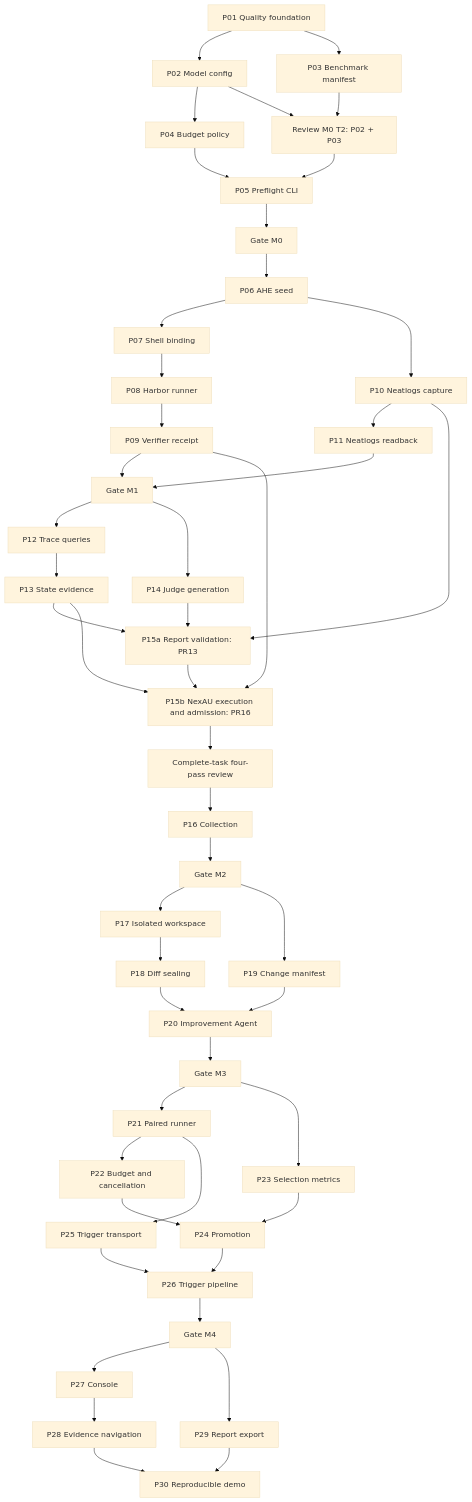
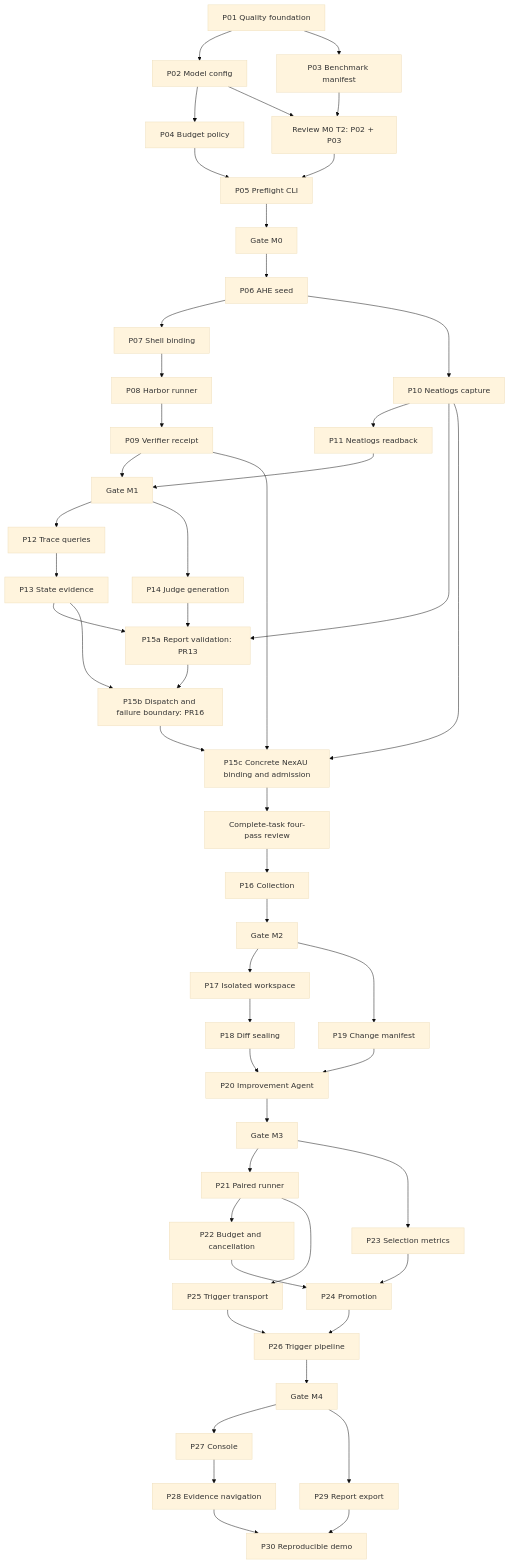
The second of 3 diagrams in docs/delivery-plan.md (divo12/Syndicate), drawn with Mermaid (base theme) before and after one commit. The commit also changed other lines of this file, not shown here.

Commit message:
docs: separate judge dispatch and concrete runtime slices

````diff
--- a/docs/delivery-plan.md
+++ b/docs/delivery-plan.md
@@ -77,51 +78,53 @@
 ```mermaid
 flowchart TD
   P01["P01 Quality foundation"] --> P02["P02 Model config"]
   P01 --> P03["P03 Benchmark manifest"]
   P02 --> P04["P04 Budget policy"]
   P02 --> R02["Review M0 T2: P02 + P03"]
   P03 --> R02
   R02 --> P05["P05 Preflight CLI"]
   P04 --> P05
   P05 --> G0["Gate M0"]
   G0 --> P06["P06 AHE seed"]
   P06 --> P07["P07 Shell binding"]
   P06 --> P10["P10 Neatlogs capture"]
   P07 --> P08["P08 Harbor runner"]
   P08 --> P09["P09 Verifier receipt"]
   P10 --> P11["P11 Neatlogs readback"]
   P09 --> G1["Gate M1"]
   P11 --> G1
   G1 --> P12["P12 Trace queries"]
   G1 --> P14["P14 Judge generation"]
   P12 --> P13["P13 State evidence"]
   P13 --> P15a["P15a Report validation: PR13"]
   P14 --> P15a
   P10 --> P15a
-  P15a --> P15b["P15b NexAU execution and admission: PR16"]
-  P09 --> P15b
+  P15a --> P15b["P15b Dispatch and failure boundary: PR16"]
   P13 --> P15b
-  P15b --> R15["Complete-task four-pass review"]
+  P15b --> P15c["P15c Concrete NexAU binding and admission"]
+  P09 --> P15c
+  P10 --> P15c
+  P15c --> R15["Complete-task four-pass review"]
   R15 --> P16["P16 Collection"]
   P16 --> G2["Gate M2"]
   G2 --> P17["P17 Isolated workspace"]
   G2 --> P19["P19 Change manifest"]
   P17 --> P18["P18 Diff sealing"]
   P18 --> P20["P20 Improvement Agent"]
   P19 --> P20
   P20 --> G3["Gate M3"]
   G3 --> P21["P21 Paired runner"]
   G3 --> P23["P23 Selection metrics"]
   P21 --> P22["P22 Budget and cancellation"]
   P21 --> P25["P25 Trigger transport"]
   P22 --> P24["P24 Promotion"]
   P23 --> P24
   P24 --> P26["P26 Trigger pipeline"]
   P25 --> P26
   P26 --> G4["Gate M4"]
   G4 --> P27["P27 Console"]
   G4 --> P29["P29 Report export"]
   P27 --> P28["P28 Evidence navigation"]
   P28 --> P30["P30 Reproducible demo"]
   P29 --> P30
 ```
````
